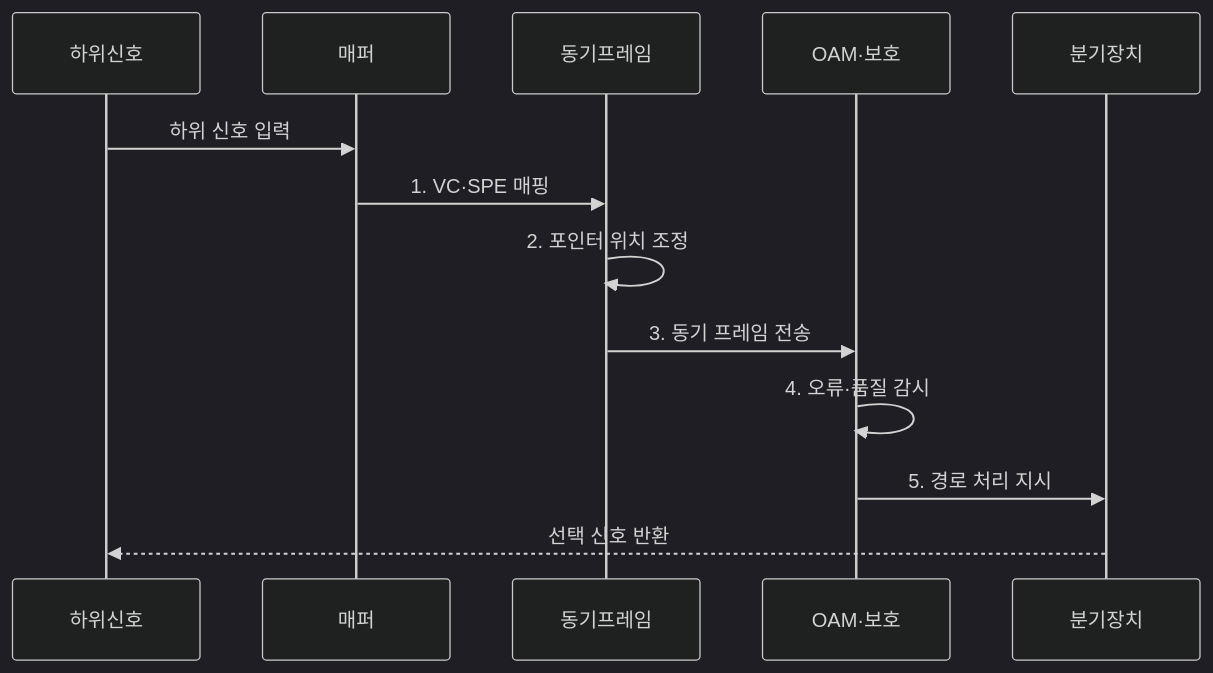
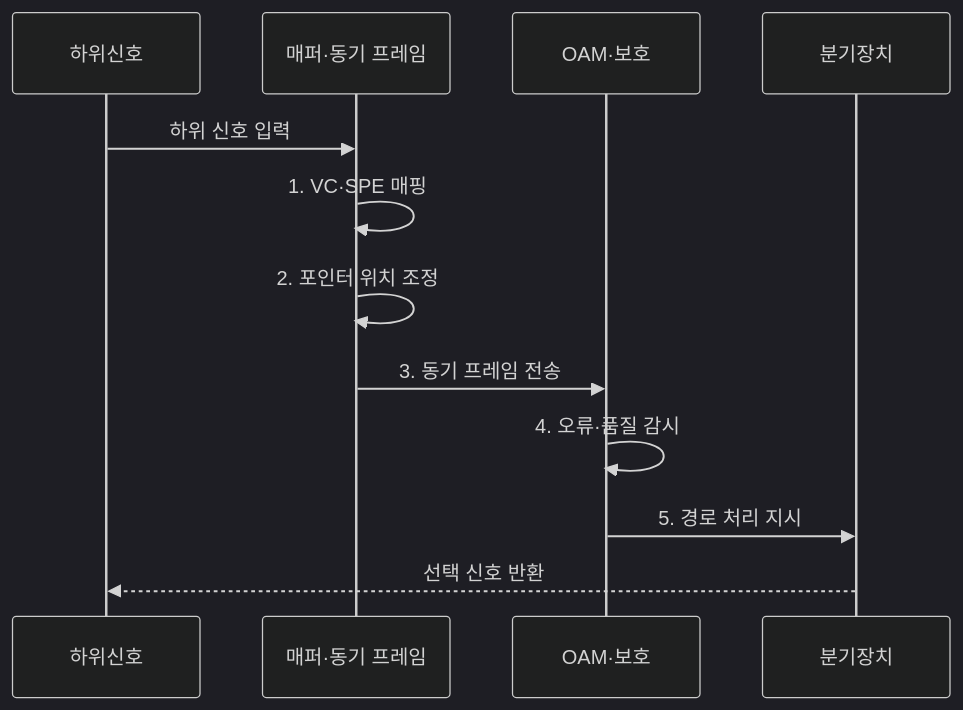
Before and after one commit to agnusdei1207/knowledge-base: the second of 2 diagrams in src/content/docs/notes/04-network/069_pdh_sdh_sonet.md, drawn with Mermaid (dark theme). The commit also changed 3 other files, not shown here.

Commit message:
Remove nonactor network flow roles

````diff
--- a/src/content/docs/notes/04-network/069_pdh_sdh_sonet.md
+++ b/src/content/docs/notes/04-network/069_pdh_sdh_sonet.md
@@ -104,15 +104,14 @@
 ```mermaid
 sequenceDiagram
     participant 하위신호
-    participant 매퍼
-    participant 동기프레임
+    participant 매퍼 as 매퍼·동기 프레임
     participant OAM·보호
     participant 분기장치
     하위신호->>매퍼: 하위 신호 입력
-    매퍼->>동기프레임: 1. VC·SPE 매핑
-    동기프레임->>동기프레임: 2. 포인터 위치 조정
-    동기프레임->>OAM·보호: 3. 동기 프레임 전송
+    매퍼->>매퍼: 1. VC·SPE 매핑
+    매퍼->>매퍼: 2. 포인터 위치 조정
+    매퍼->>OAM·보호: 3. 동기 프레임 전송
     OAM·보호->>OAM·보호: 4. 오류·품질 감시
     OAM·보호->>분기장치: 5. 경로 처리 지시
     분기장치-->>하위신호: 선택 신호 반환
 ```
````
